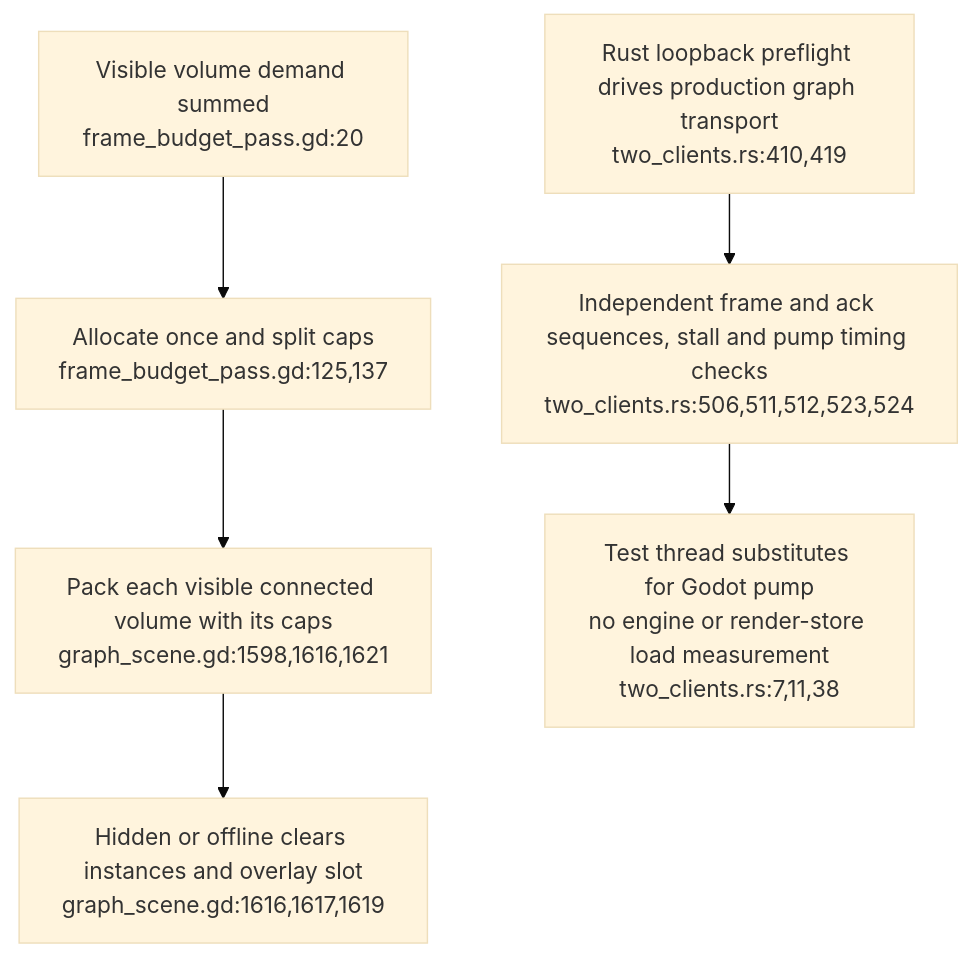
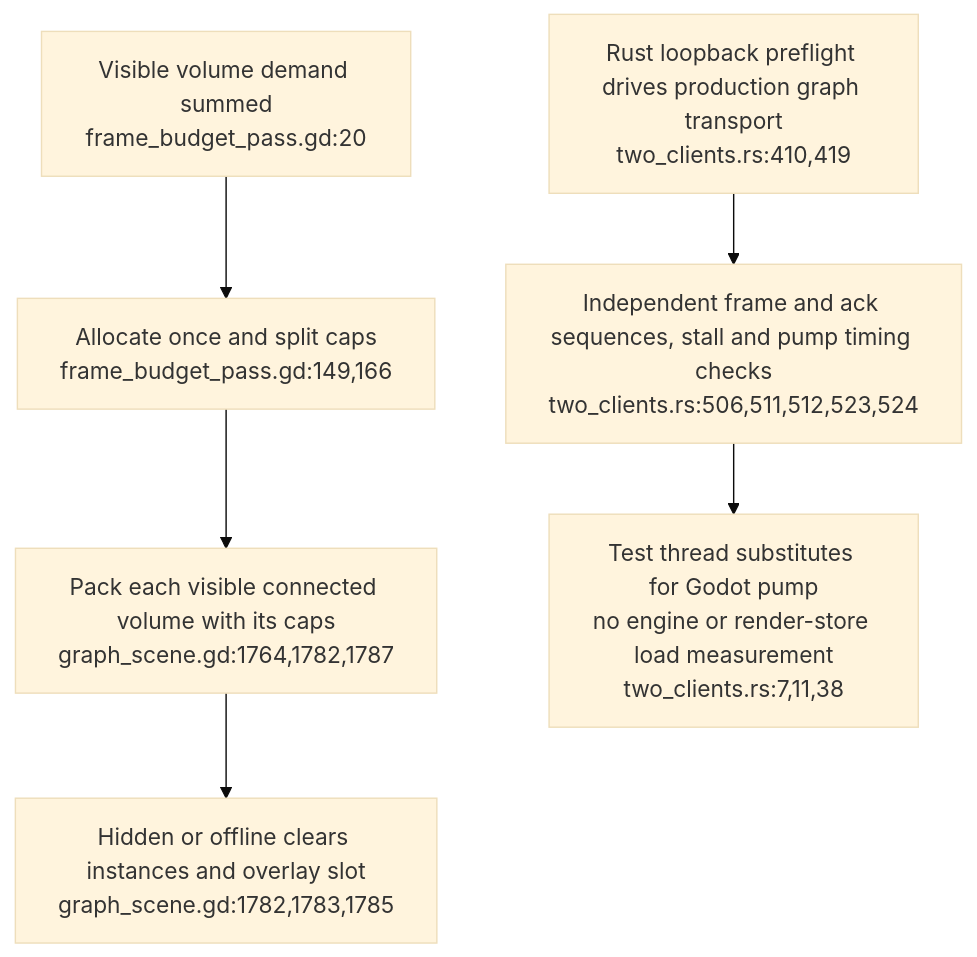
One commit to DreamLab-AI/VisionFlow changed the third of 3 diagrams in docs/diagrams/visionclaw/44-xr-concurrent-backend-connections.md. Above: the diagram before and after it, drawn with Mermaid (base theme). The commit also changed other lines of this file and 56 other files, not shown here.

First line of the commit message:
docs(diagrams): re-verify VisionClaw topics at ec785afa9, add VC-19/56/57 and the VisionClaw register

````diff
--- a/docs/diagrams/visionclaw/44-xr-concurrent-backend-connections.md
+++ b/docs/diagrams/visionclaw/44-xr-concurrent-backend-connections.md
@@ -63,8 +67,8 @@
 ```mermaid
 flowchart TD
-    VIS["Visible volume demand summed<br/>frame_budget_pass.gd:20"] --> BUD["Allocate once and split caps<br/>frame_budget_pass.gd:125,137"]
-    BUD --> PACK["Pack each visible connected volume with its caps<br/>graph_scene.gd:1598,1616,1621"]
-    PACK --> HIDE["Hidden or offline clears instances and overlay slot<br/>graph_scene.gd:1616,1617,1619"]
+    VIS["Visible volume demand summed<br/>frame_budget_pass.gd:20"] --> BUD["Allocate once and split caps<br/>frame_budget_pass.gd:149,166"]
+    BUD --> PACK["Pack each visible connected volume with its caps<br/>graph_scene.gd:1764,1782,1787"]
+    PACK --> HIDE["Hidden or offline clears instances and overlay slot<br/>graph_scene.gd:1782,1783,1785"]
     PRE["Rust loopback preflight drives production graph transport<br/>two_clients.rs:410,419"] --> ACK["Independent frame and ack sequences, stall and pump timing checks<br/>two_clients.rs:506,511,512,523,524"]
     ACK --> LIMIT["Test thread substitutes for Godot pump<br/>no engine or render-store load measurement<br/>two_clients.rs:7,11,38"]
 ```
````
